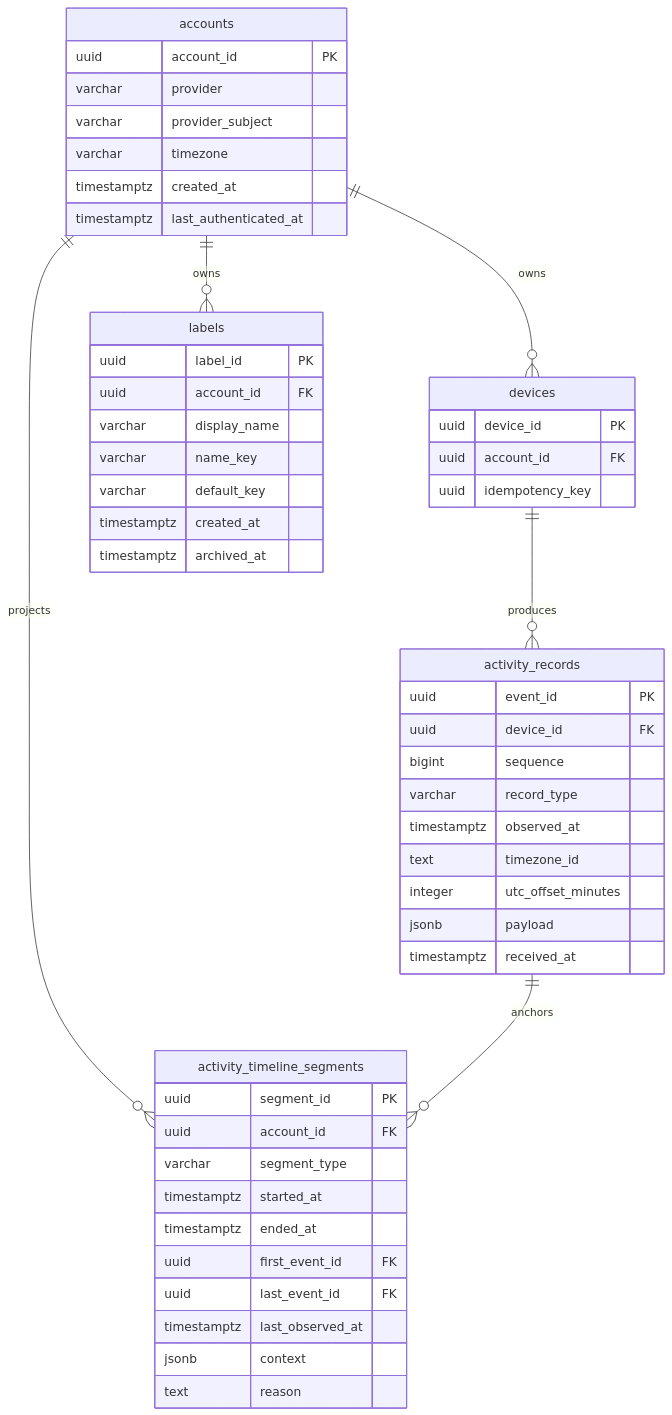
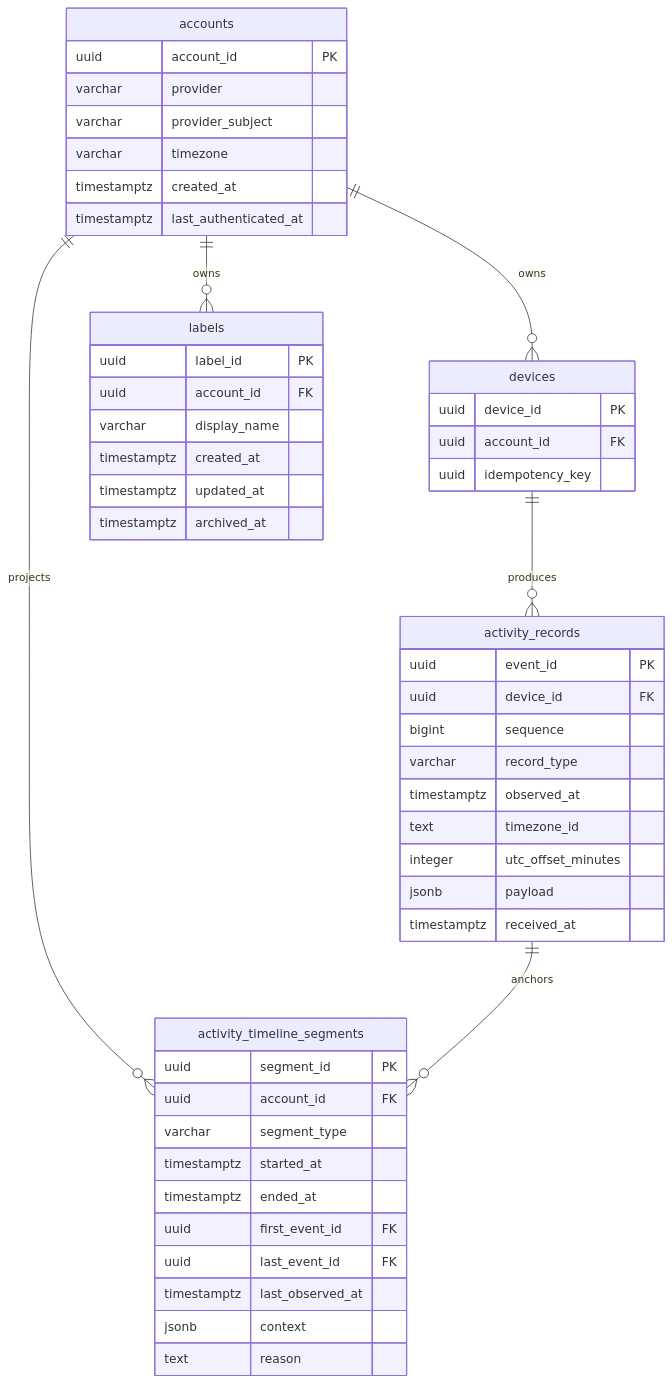
Before and after one commit to jolvy/mosemo: the diagram in docs/erd.md, drawn with Mermaid. The commit also changed other lines of this file and 7 other files, not shown here.

````diff
--- a/docs/erd.md
+++ b/docs/erd.md
@@ -12,58 +12,57 @@
 ```mermaid
 erDiagram
     accounts ||--o{ devices : owns
     devices ||--o{ activity_records : produces
     accounts ||--o{ activity_timeline_segments : projects
     activity_records ||--o{ activity_timeline_segments : anchors
     accounts ||--o{ labels : owns
 
     accounts {
         uuid account_id PK
         varchar provider
         varchar provider_subject
         varchar timezone
         timestamptz created_at
         timestamptz last_authenticated_at
     }
 
     labels {
         uuid label_id PK
         uuid account_id FK
         varchar display_name
-        varchar name_key
-        varchar default_key
         timestamptz created_at
+        timestamptz updated_at
         timestamptz archived_at
     }
 
     devices {
         uuid device_id PK
         uuid account_id FK
         uuid idempotency_key
     }
 
     activity_records {
         uuid event_id PK
         uuid device_id FK
         bigint sequence
         varchar record_type
         timestamptz observed_at
         text timezone_id
         integer utc_offset_minutes
         jsonb payload
         timestamptz received_at
     }
 
     activity_timeline_segments {
         uuid segment_id PK
         uuid account_id FK
         varchar segment_type
         timestamptz started_at
         timestamptz ended_at
         uuid first_event_id FK
         uuid last_event_id FK
         timestamptz last_observed_at
         jsonb context
         text reason
     }
 ```
````
